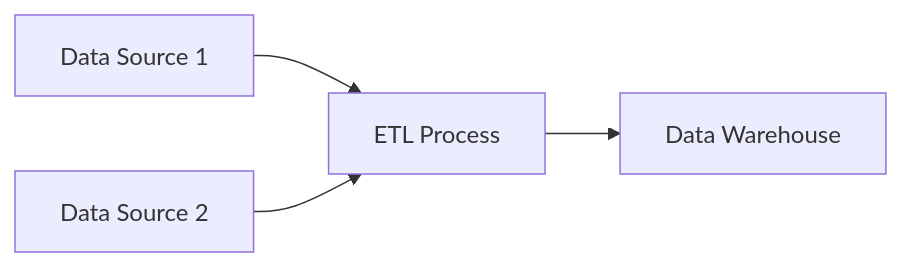
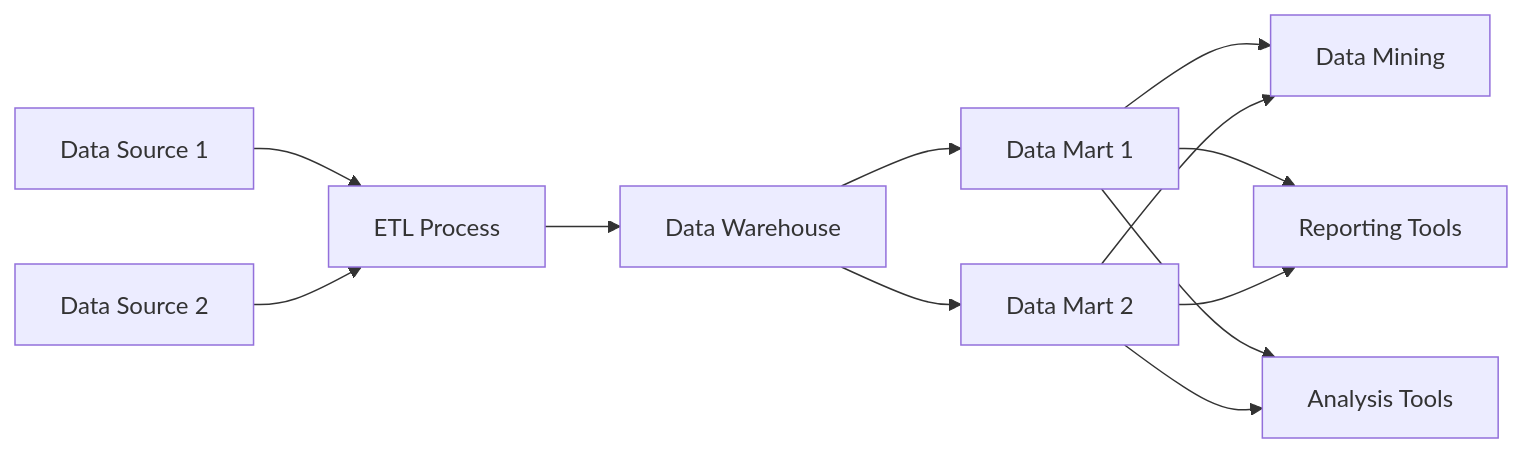
Before and after one commit to Aleksandersenmartin/my_educ_dataengineer: the fourth of 4 diagrams in data_warehouse.md, drawn with Mermaid.

````diff
--- a/data_warehouse.md
+++ b/data_warehouse.md
@@ -240,11 +240,32 @@
 ```mermaid
 graph LR
+    %% Nodes for data sources
     DS1[Data Source 1]
     DS2[Data Source 2]
+
+    %% Nodes for ETL and Data Warehouse
     ETL[ETL Process]
     DW[Data Warehouse]
 
+    %% Nodes for Data Marts
+    DM1[Data Mart 1]
+    DM2[Data Mart 2]
+
+    %% Nodes for Tools
+    DataMining[Data Mining]
+    ReportingTools[Reporting Tools]
+    AnalysisTools[Analysis Tools]
+
+    %% Connections
     DS1 --> ETL
     DS2 --> ETL
     ETL --> DW
+    DW --> DM1
+    DW --> DM2
+    DM1 --> DataMining
+    DM1 --> ReportingTools
+    DM1 --> AnalysisTools
+    DM2 --> DataMining
+    DM2 --> ReportingTools
+    DM2 --> AnalysisTools
 ```
````
